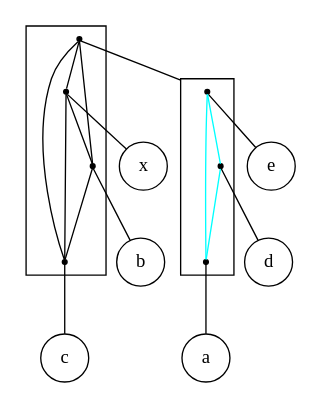
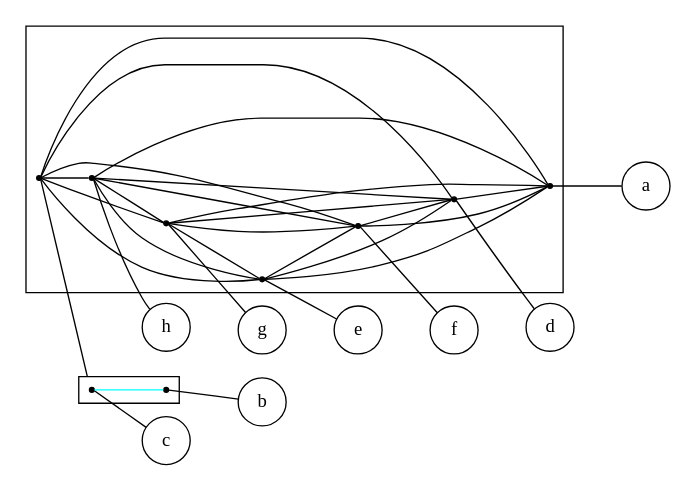
One commit to lrodrin/TFG changed the diagram in src/final/exponential_2-structure.dot. Above: the diagram before and after it, drawn with Graphviz. The commit also changed 14 other files, not shown here.

```diff
--- a/src/final/exponential_2-structure.dot
+++ b/src/final/exponential_2-structure.dot
@@ -1,36 +1,54 @@
 digraph "exponential_2-structure" {
 compound=true;
 fontname=Verdana;
 fontsize=12;
+rankdir=LR;
 node [shape=circle];
-x;
-b;
-c;
+h;
+g;
 e;
+f;
 d;
 a;
-subgraph cluster_ebcadx {
+c;
+b;
+subgraph cluster_afbecdgh {
 node [shape=point];
-s_eda -> s_x  [color=black, arrowhead=none];
-s_eda -> s_b  [color=black, arrowhead=none];
-s_eda -> s_c  [color=black, arrowhead=none];
-s_x -> s_b  [color=black, arrowhead=none];
-s_x -> s_c  [color=black, arrowhead=none];
-s_b -> s_c  [color=black, arrowhead=none];
+s_cb -> s_h  [color=black, arrowhead=none];
+s_cb -> s_g  [color=black, arrowhead=none];
+s_cb -> s_e  [color=black, arrowhead=none];
+s_cb -> s_f  [color=black, arrowhead=none];
+s_cb -> s_d  [color=black, arrowhead=none];
+s_cb -> s_a  [color=black, arrowhead=none];
+s_h -> s_g  [color=black, arrowhead=none];
+s_h -> s_e  [color=black, arrowhead=none];
+s_h -> s_f  [color=black, arrowhead=none];
+s_h -> s_d  [color=black, arrowhead=none];
+s_h -> s_a  [color=black, arrowhead=none];
+s_g -> s_e  [color=black, arrowhead=none];
+s_g -> s_f  [color=black, arrowhead=none];
+s_g -> s_d  [color=black, arrowhead=none];
+s_g -> s_a  [color=black, arrowhead=none];
+s_e -> s_f  [color=black, arrowhead=none];
+s_e -> s_d  [color=black, arrowhead=none];
+s_e -> s_a  [color=black, arrowhead=none];
+s_f -> s_d  [color=black, arrowhead=none];
+s_f -> s_a  [color=black, arrowhead=none];
+s_d -> s_a  [color=black, arrowhead=none];
 }
 
-subgraph cluster_eda {
+subgraph cluster_cb {
 node [shape=point];
-s_e -> s_d  [color=cyan, arrowhead=none];
-s_e -> s_a  [color=cyan, arrowhead=none];
-s_d -> s_a  [color=cyan, arrowhead=none];
+s_c -> s_b  [color=cyan, arrowhead=none];
 }
 
-s_eda -> s_e  [lhead=cluster_eda, arrowhead=none];
-s_x -> x  [arrowhead=none];
-s_b -> b  [arrowhead=none];
-s_c -> c  [arrowhead=none];
+s_cb -> s_c  [lhead=cluster_cb, arrowhead=none];
+s_h -> h  [arrowhead=none];
+s_g -> g  [arrowhead=none];
 s_e -> e  [arrowhead=none];
+s_f -> f  [arrowhead=none];
 s_d -> d  [arrowhead=none];
 s_a -> a  [arrowhead=none];
+s_c -> c  [arrowhead=none];
+s_b -> b  [arrowhead=none];
 }
```
